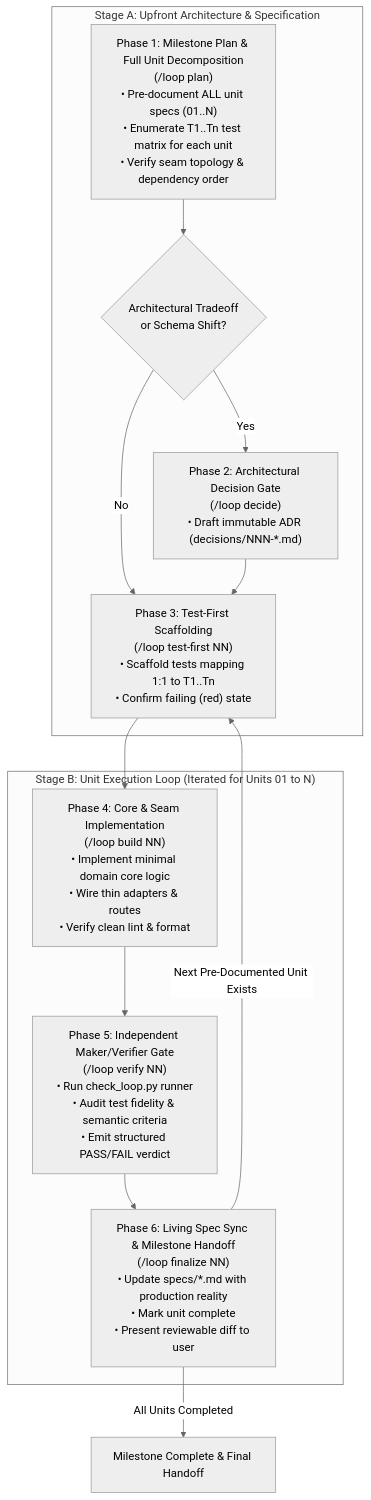
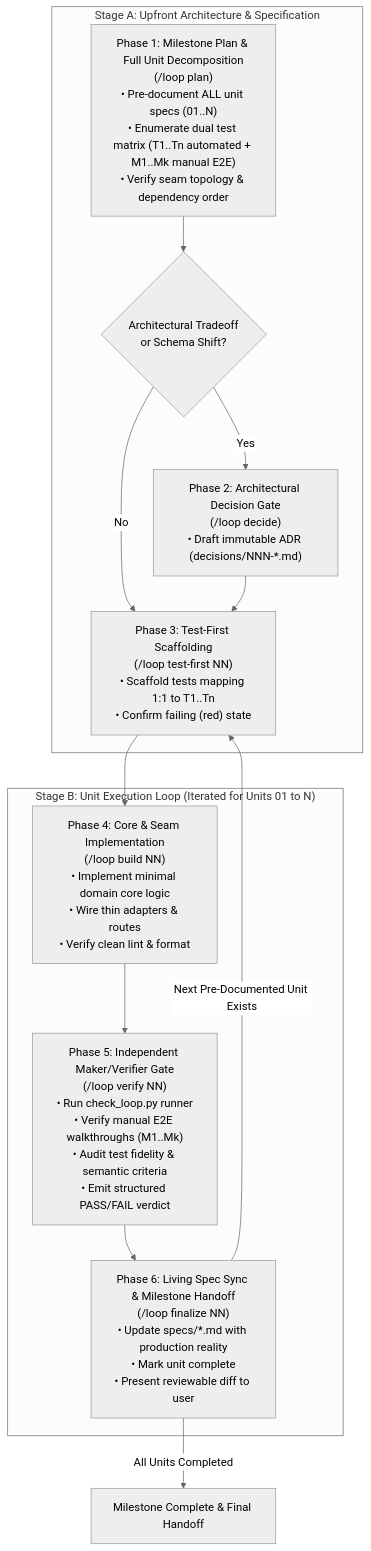
The diagram in loop-engineering/SKILL.md (yoyothesheep/claude-skills), drawn with Mermaid (neutral theme) before and after one commit. The commit also changed other lines of this file and 1 other file, not shown here.

Commit message:
feat(loop-engineering): mandate dual automated and manual E2E test matrices for all units

````diff
--- a/loop-engineering/SKILL.md
+++ b/loop-engineering/SKILL.md
@@ -43,46 +46,47 @@
 ```mermaid
 flowchart TD
     subgraph StageA["Stage A: Upfront Architecture & Specification"]
         P1["Phase 1: Milestone Plan & Full Unit Decomposition
 (/loop plan)
 • Pre-document ALL unit specs (01..N)
-• Enumerate T1..Tn test matrix for each unit
+• Enumerate dual test matrix (T1..Tn automated + M1..Mk manual E2E)
 • Verify seam topology & dependency order"]
         P2{"Architectural Tradeoff
 or Schema Shift?"}
         P3["Phase 2: Architectural Decision Gate
 (/loop decide)
 • Draft immutable ADR (decisions/NNN-*.md)"]
         P1 --> P2
         P2 -- Yes --> P3
         P2 -- No --> P4
         P3 --> P4
     end
 
     subgraph StageB["Stage B: Unit Execution Loop (Iterated for Units 01 to N)"]
         P4["Phase 3: Test-First Scaffolding
 (/loop test-first NN)
 • Scaffold tests mapping 1:1 to T1..Tn
 • Confirm failing (red) state"]
         P5["Phase 4: Core & Seam Implementation
 (/loop build NN)
 • Implement minimal domain core logic
 • Wire thin adapters & routes
 • Verify clean lint & format"]
         P6["Phase 5: Independent Maker/Verifier Gate
 (/loop verify NN)
 • Run check_loop.py runner
+• Verify manual E2E walkthroughs (M1..Mk)
 • Audit test fidelity & semantic criteria
 • Emit structured PASS/FAIL verdict"]
         P7["Phase 6: Living Spec Sync & Milestone Handoff
 (/loop finalize NN)
 • Update specs/*.md with production reality
 • Mark unit complete
 • Present reviewable diff to user"]
 
         P4 --> P5 --> P6 --> P7
     end
 
     P7 -->|Next Pre-Documented Unit Exists| P4
     P7 -->|All Units Completed| Done["Milestone Complete & Final Handoff"]
 ```
````
